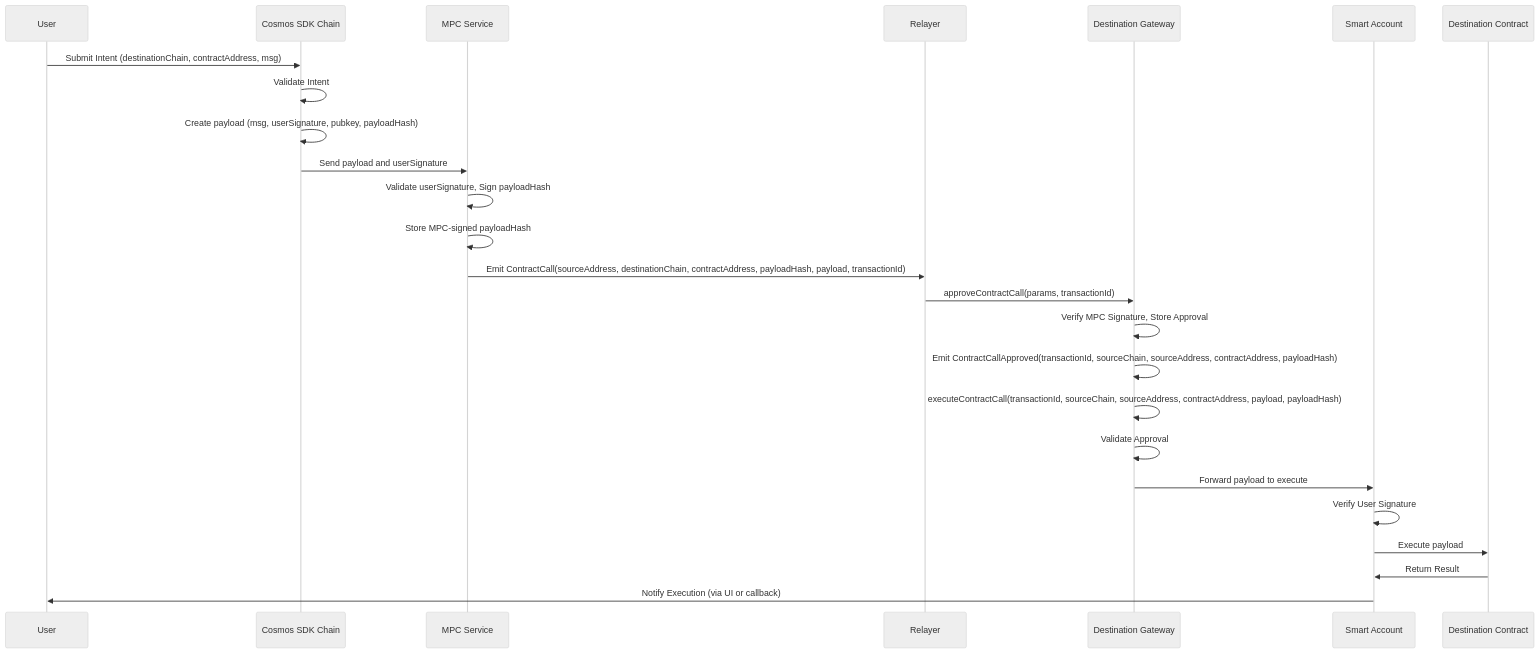
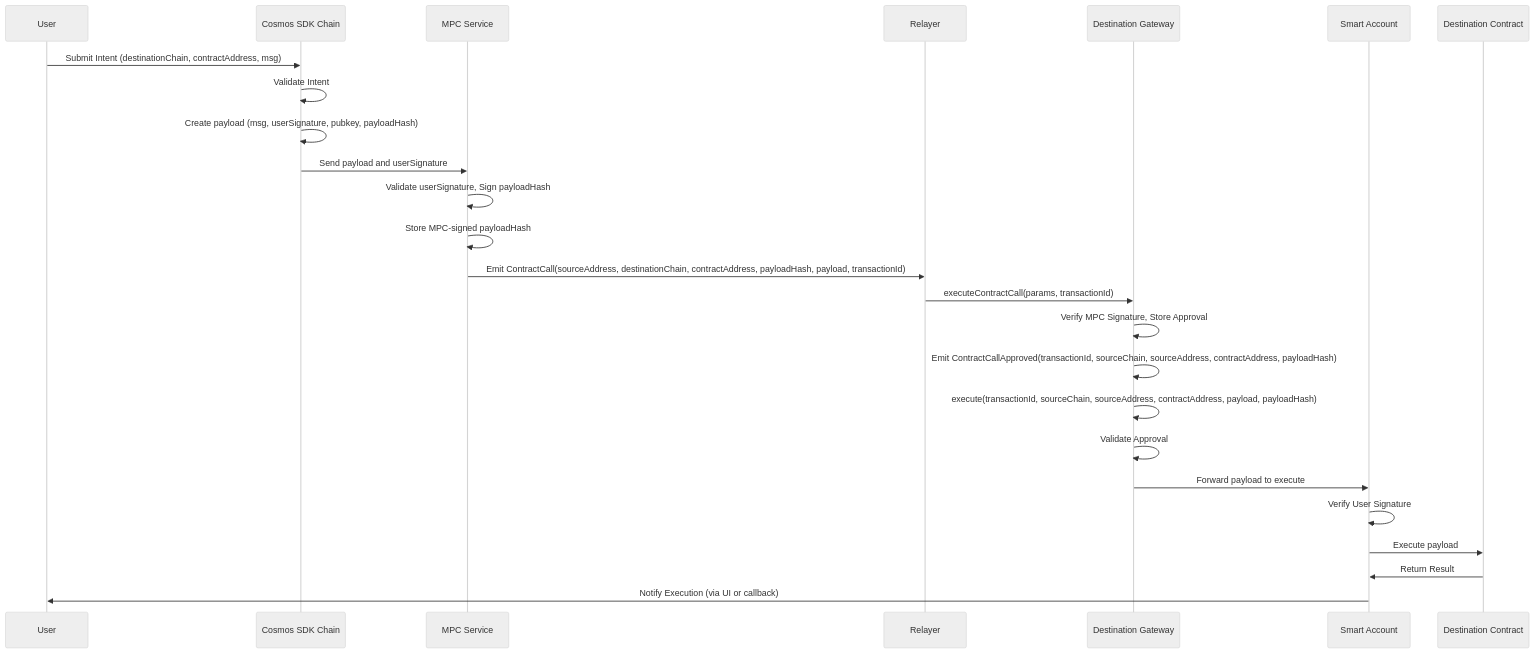
One commit to s16rv/sourdough-teams changed the diagram in docs/spec/gateway/README.md. Above: the diagram before and after it, drawn with Mermaid (neutral theme). The commit also changed other lines of this file, not shown here.

Commit message:
docs: update gateway

````diff
--- a/docs/spec/gateway/README.md
+++ b/docs/spec/gateway/README.md
@@ -41,28 +41,28 @@
 ```mermaid
 sequenceDiagram
     participant User
     participant CosmosSDK as Cosmos SDK Chain
     participant MPC as MPC Service
     participant Relayer
     participant GatewayDest as Destination Gateway
     participant SmartAccount as Smart Account
     participant DestContract as Destination Contract
 
     User->>CosmosSDK: Submit Intent (destinationChain, contractAddress, msg)
     CosmosSDK->>CosmosSDK: Validate Intent
     CosmosSDK->>CosmosSDK: Create payload (msg, userSignature, pubkey, payloadHash)
     CosmosSDK->>MPC: Send payload and userSignature
     MPC->>MPC: Validate userSignature, Sign payloadHash
     MPC->>MPC: Store MPC-signed payloadHash
     MPC->>Relayer: Emit ContractCall(sourceAddress, destinationChain, contractAddress, payloadHash, payload, transactionId)
-    Relayer->>GatewayDest: approveContractCall(params, transactionId)
+    Relayer->>GatewayDest: executeContractCall(params, transactionId)
     GatewayDest->>GatewayDest: Verify MPC Signature, Store Approval
     GatewayDest->>GatewayDest: Emit ContractCallApproved(transactionId, sourceChain, sourceAddress, contractAddress, payloadHash)
-    GatewayDest->>GatewayDest: executeContractCall(transactionId, sourceChain, sourceAddress, contractAddress, payload, payloadHash)
+    GatewayDest->>GatewayDest: execute(transactionId, sourceChain, sourceAddress, contractAddress, payload, payloadHash)
     GatewayDest->>GatewayDest: Validate Approval
     GatewayDest->>SmartAccount: Forward payload to execute
     SmartAccount->>SmartAccount: Verify User Signature
     SmartAccount->>DestContract: Execute payload
     DestContract->>SmartAccount: Return Result
     SmartAccount->>User: Notify Execution (via UI or callback)
 ```
````
